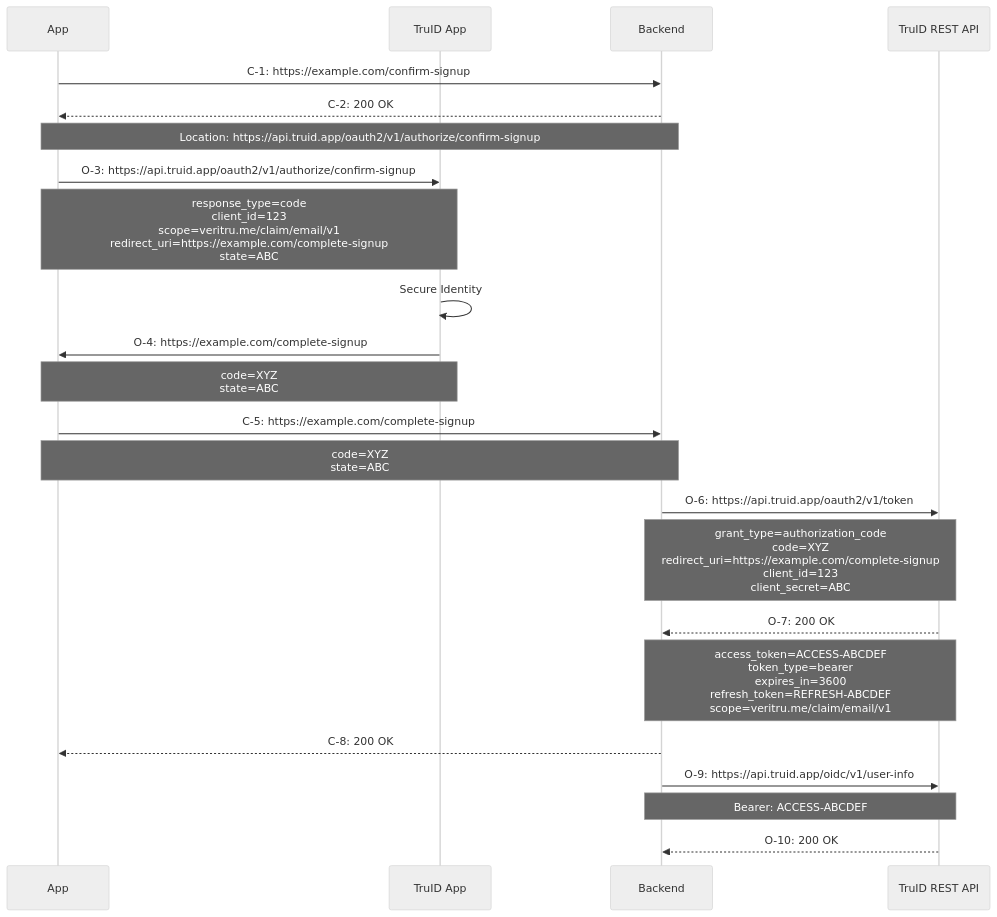
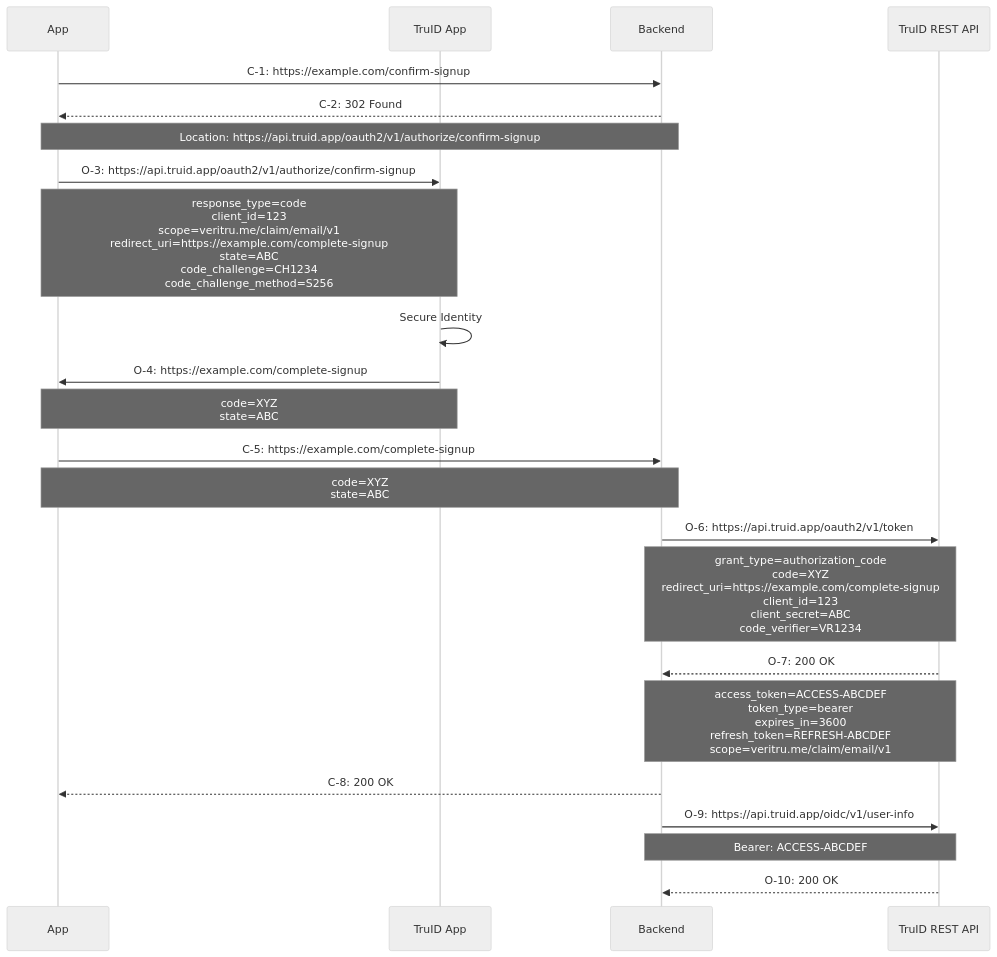
The diagram in docs/oauth2/app-with-backend.md (truid-app/client-integration), drawn with Mermaid (neutral theme) before and after one commit. The commit also changed other lines of this file and 1 other file, not shown here.

Commit message:
Add doc and example for PKCE

````diff
--- a/docs/oauth2/app-with-backend.md
+++ b/docs/oauth2/app-with-backend.md
@@ -25,36 +23,36 @@
 ```mermaid
 sequenceDiagram
 
   participant APP as App
   participant TID as TruID App
   participant BE as Backend
   participant API as TruID REST API
 
   APP ->> BE: C-1: https://example.com/confirm-signup
 
-  BE -->> APP: C-2: 200 OK
+  BE -->> APP: C-2: 302 Found
   note over APP,BE: Location: https://api.truid.app/oauth2/v1/authorize/confirm-signup
 
   APP ->> TID: O-3: https://api.truid.app/oauth2/v1/authorize/confirm-signup
-  note over APP,TID: response_type=code<br/>client_id=123<br/>scope=veritru.me/claim/email/v1<br/>redirect_uri=https://example.com/complete-signup<br/>state=ABC
+  note over APP,TID: response_type=code<br/>client_id=123<br/>scope=veritru.me/claim/email/v1<br/>redirect_uri=https://example.com/complete-signup<br/>state=ABC<br/>code_challenge=CH1234<br/>code_challenge_method=S256
 
   TID ->> TID: Secure Identity
 
   TID ->> APP: O-4: https://example.com/complete-signup
   note over TID,APP: code=XYZ<br/>state=ABC
 
   APP ->> BE: C-5: https://example.com/complete-signup
   note over APP,BE: code=XYZ<br/>state=ABC
 
   BE ->> API: O-6: https://api.truid.app/oauth2/v1/token
-  note over BE,API: grant_type=authorization_code<br/>code=XYZ<br/>redirect_uri=https://example.com/complete-signup<br/>client_id=123<br/>client_secret=ABC
+  note over BE,API: grant_type=authorization_code<br/>code=XYZ<br/>redirect_uri=https://example.com/complete-signup<br/>client_id=123<br/>client_secret=ABC<br/>code_verifier=VR1234
 
   API -->> BE: O-7: 200 OK
   note over API,BE: access_token=ACCESS-ABCDEF<br/>token_type=bearer<br/>expires_in=3600<br/>refresh_token=REFRESH-ABCDEF<br/>scope=veritru.me/claim/email/v1
 
   BE -->> APP: C-8: 200 OK
 
   BE ->> API: O-9: https://api.truid.app/oidc/v1/user-info
   note over BE,API: Bearer: ACCESS-ABCDEF
   API -->> BE: O-10: 200 OK
 ```
````
